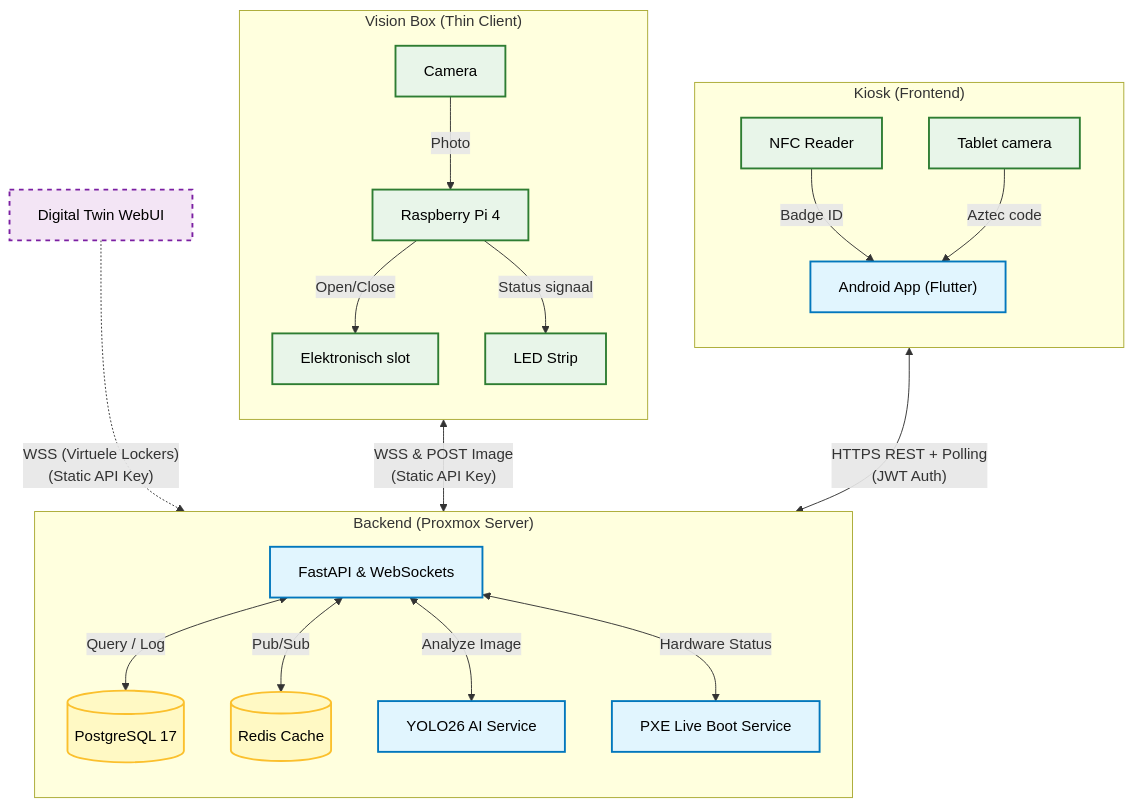
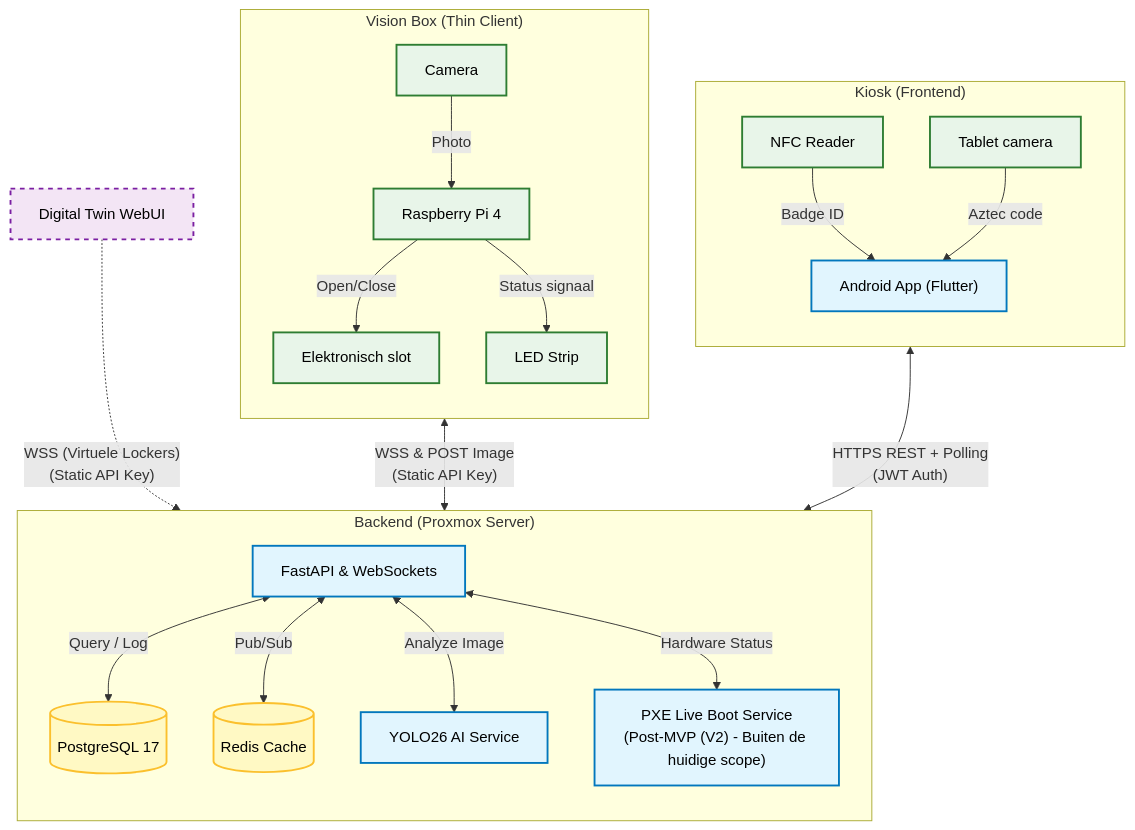
The second of 3 diagrams in docs/architecture.md (easylend-practice-enterprise/easylend), drawn with Mermaid before and after one commit. The commit also changed 5 other files, not shown here.

Commit message:
chore: architecture convergence phase 1 - rbac, quarantine logic, pxe v2, overdue worker

````diff
--- a/docs/architecture.md
+++ b/docs/architecture.md
@@ -54,61 +54,61 @@
 ```mermaid
 flowchart TD
     %% STIJLEN (Corporate & Clean)
     classDef soft fill:#E1F5FE,stroke:#0277BD,stroke-width:2px,color:#000;
     classDef hard fill:#E8F5E9,stroke:#2E7D32,stroke-width:2px,color:#000;
     classDef data fill:#FFF9C4,stroke:#FBC02d,stroke-width:2px,color:#000;
     classDef sim  fill:#F3E5F5,stroke:#7B1FA2,stroke-width:2px,stroke-dasharray: 5 5,color:#000;
 
     %% DOMEIN 1: KIOSK (LINKS)
     subgraph Kiosk ["Kiosk (Frontend)"]
         direction TB
         NFC[NFC Reader]:::hard
         CamTab["Tablet camera"]:::hard
         App["Android App (Flutter)"]:::soft
         
         NFC -->|Badge ID| App
         CamTab -->|Aztec code| App
     end
 
     %% DOMEIN 2: BACKEND (MIDDEN)
     subgraph Backend ["Backend (Proxmox Server)"]
         direction TB
         API["FastAPI & WebSockets"]:::soft
         AIService["YOLO26 AI Service"]:::soft
-        PXE["PXE Live Boot Service"]:::soft
+        PXE["PXE Live Boot Service<br/>(Post-MVP (V2) - Buiten de huidige scope)"]:::soft
         DB[(PostgreSQL 17)]:::data
         Redis[(Redis Cache)]:::data
         
         API <-->|"Query / Log"| DB
         API <-->|"Pub/Sub"| Redis
         API <-->|"Analyze Image"| AIService
         API <-->|"Hardware Status"| PXE
     end
 
     %% DOMEIN 3: VISION BOX (RECHTS)
     subgraph Box ["Vision Box (Thin Client)"]
         direction TB
         RPi["Raspberry Pi 4"]:::hard
         CamBox[Camera]:::hard
         Lock["Elektronisch slot"]:::hard
         LED["LED Strip"]:::hard
         
         CamBox -->|Photo| RPi
         RPi -->|"Open/Close"| Lock
         RPi -->|"Status signaal"| LED
     end
 
     %% SIMULATIE (ONDER)
     Sim["Digital Twin WebUI"]:::sim
 
     %% HOOFD VERBINDINGEN
     
     %% Kiosk praat met API
     App <-->|"HTTPS REST + Polling<br/>(JWT Auth)"| API
 
     %% API praat met Box
     RPi <-->|"WSS & POST Image<br/>(Static API Key)"| API
 
     %% Simulatie test de API
     Sim -.->|"WSS (Virtuele Lockers)<br/>(Static API Key)"| API
 ```
````
